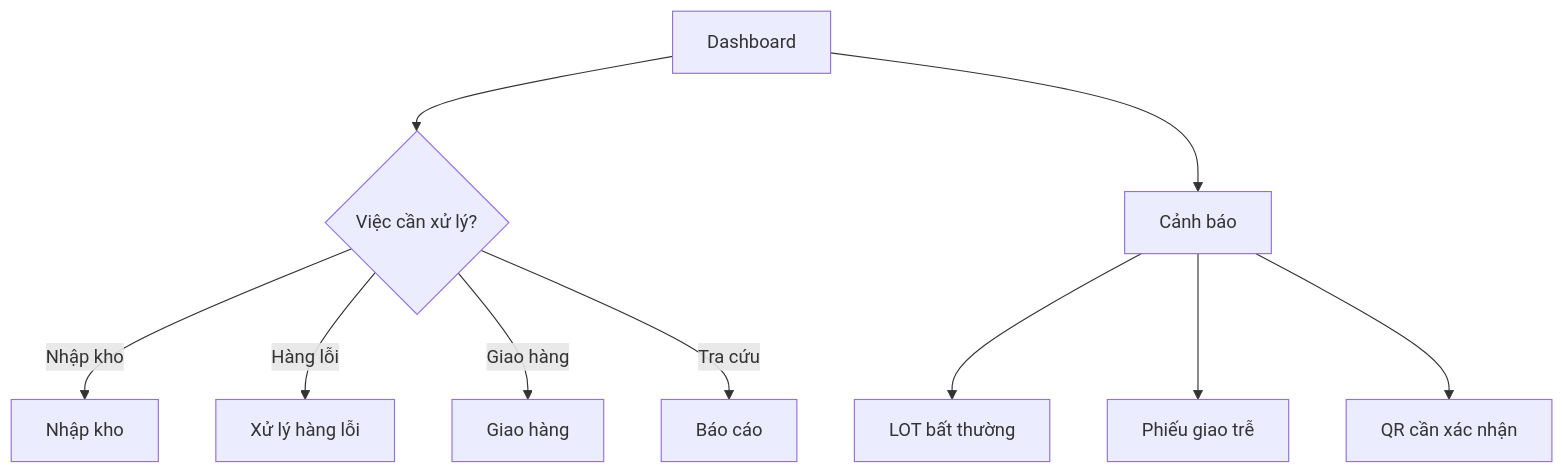
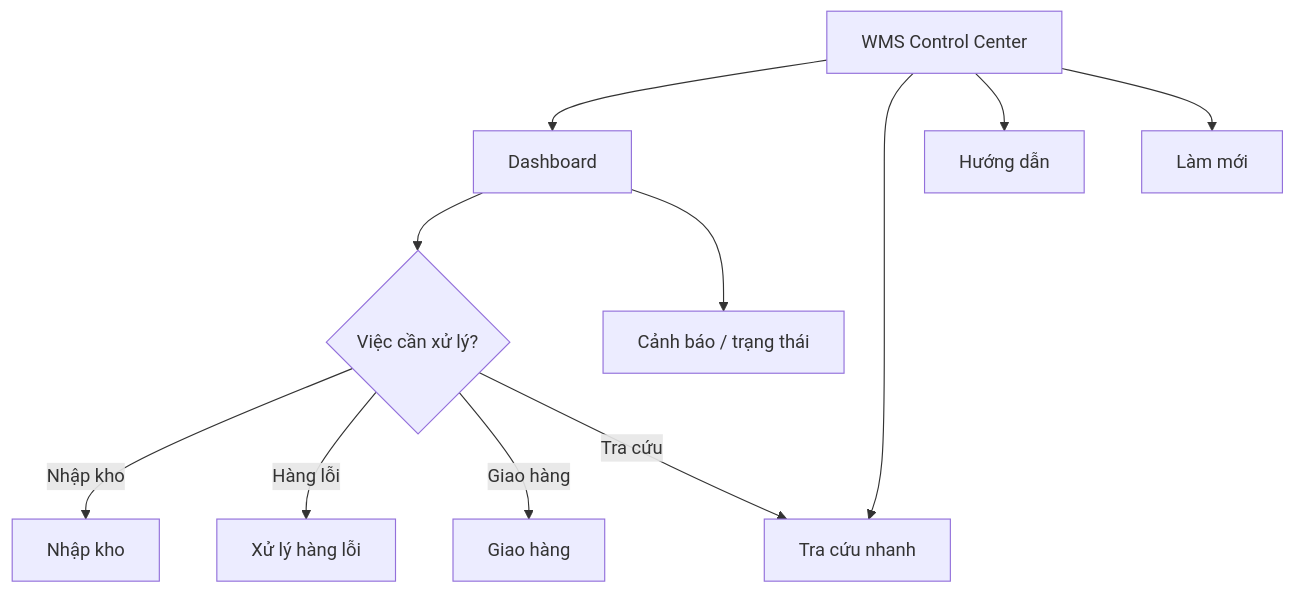
The third of 13 diagrams in PCTP/Workflow/Diagram/WMS_USER_GUIDE.md (Nang0559/WINDOWS_PCTP-NO_Check-), drawn with Mermaid before and after one commit. The commit also changed other lines of this file, not shown here.

Commit message:
docs(WMS): document control center quick search flow

````diff
--- a/PCTP/Workflow/Diagram/WMS_USER_GUIDE.md
+++ b/PCTP/Workflow/Diagram/WMS_USER_GUIDE.md
@@ -70,12 +70,13 @@
 ```mermaid
 flowchart TD
-    A[Dashboard] --> B{Việc cần xử lý?}
-    B -- Nhập kho --> C[Nhập kho]
-    B -- Hàng lỗi --> D[Xử lý hàng lỗi]
-    B -- Giao hàng --> E[Giao hàng]
-    B -- Tra cứu --> F[Báo cáo]
-    A --> G[Cảnh báo]
-    G --> H[LOT bất thường]
-    G --> I[Phiếu giao trễ]
-    G --> J[QR cần xác nhận]
+    A[WMS Control Center] --> B[Dashboard]
+    A --> C[Tra cứu nhanh]
+    A --> D[Hướng dẫn]
+    A --> E[Làm mới]
+    B --> F{Việc cần xử lý?}
+    F -- Nhập kho --> G[Nhập kho]
+    F -- Hàng lỗi --> H[Xử lý hàng lỗi]
+    F -- Giao hàng --> I[Giao hàng]
+    F -- Tra cứu --> C
+    B --> J[Cảnh báo / trạng thái]
 ```
````
